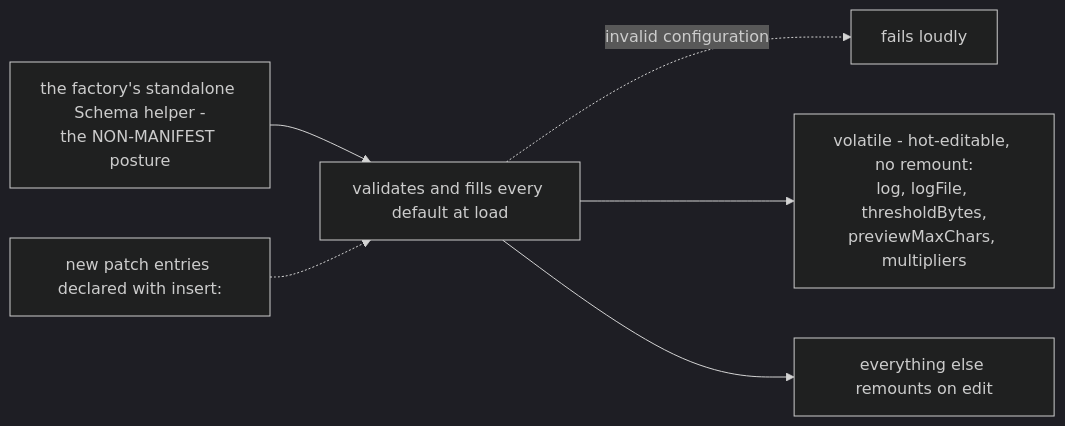
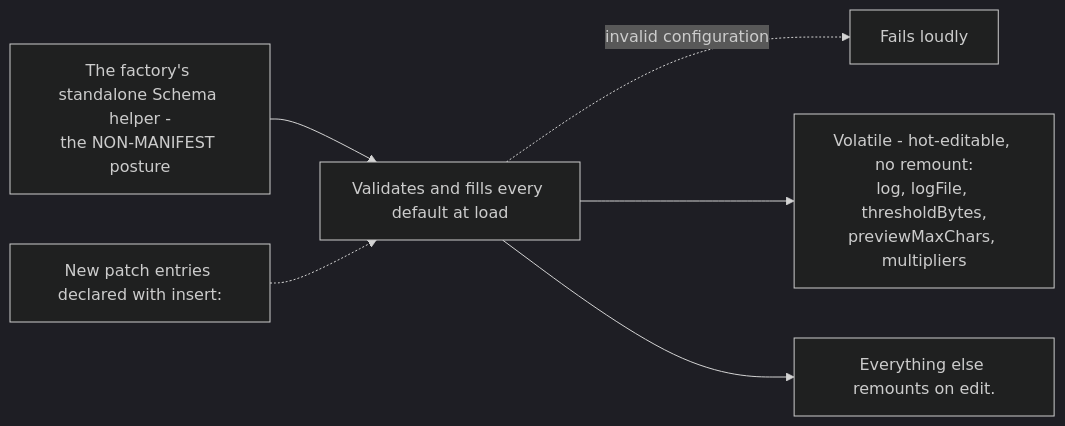
Before and after one commit to PlayForm/Site-DeepSeek: the diagram in Source/Content/Mermaid/ccr-config-schema.mmd, drawn with Mermaid (dark theme). The commit also changed 80 other files, not shown here.

```diff
--- a/Source/Content/Mermaid/ccr-config-schema.mmd
+++ b/Source/Content/Mermaid/ccr-config-schema.mmd
@@ -1,6 +1,6 @@
 flowchart LR
-	SCH["the factory's standalone Schema helper -<br/>the NON-MANIFEST posture"] --> LOAD["validates and fills every default at load"]
-	LOAD -. "invalid configuration" .-> FAIL["fails loudly"]
-	LOAD --> VOL["volatile - hot-editable, no remount:<br/>log, logFile, thresholdBytes,<br/>previewMaxChars, multipliers"]
-	LOAD --> REM["everything else remounts on edit"]
-	PATCH["new patch entries declared with insert:"] -.-> LOAD
+	SCH["The factory's standalone Schema helper -<br/>the NON-MANIFEST posture"] --> LOAD["Validates and fills every default at load"]
+	LOAD -. "invalid configuration" .-> FAIL["Fails loudly"]
+	LOAD --> VOL["Volatile - hot-editable, no remount:<br/>log, logFile, thresholdBytes,<br/>previewMaxChars, multipliers"]
+	LOAD --> REM["Everything else remounts on edit."]
+	PATCH["New patch entries declared with insert:"] -.-> LOAD
```
